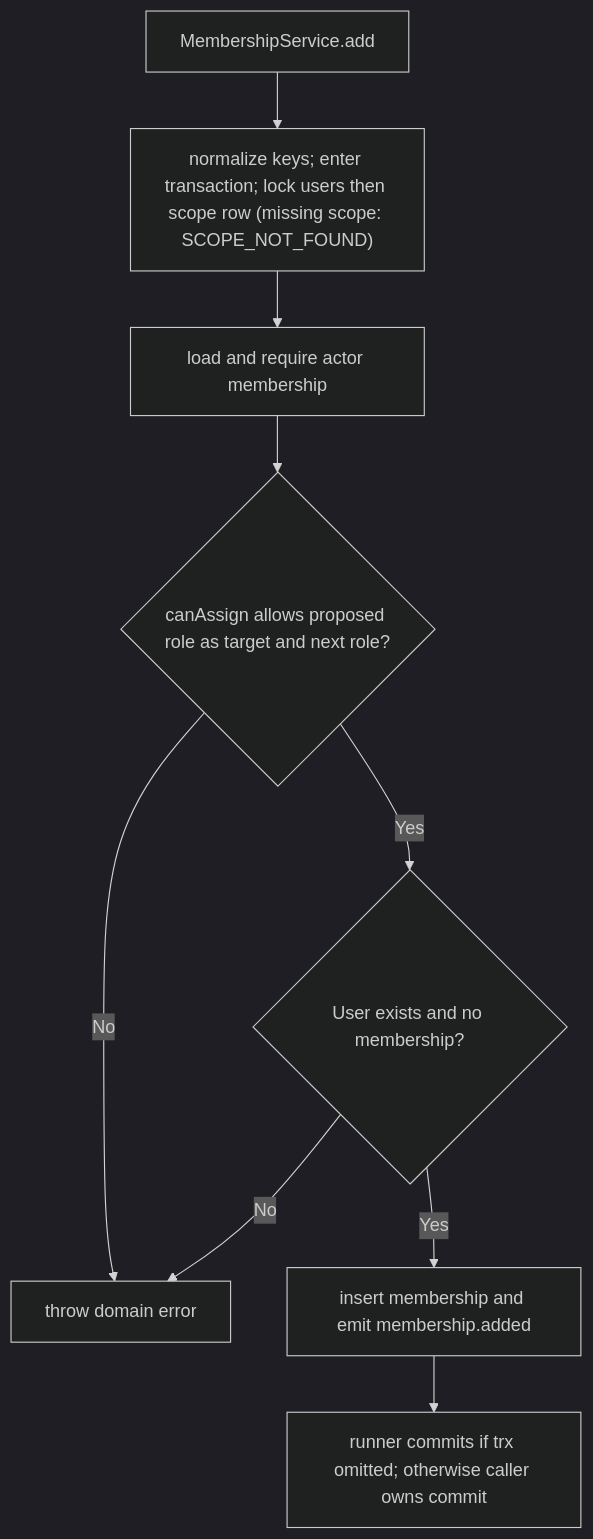
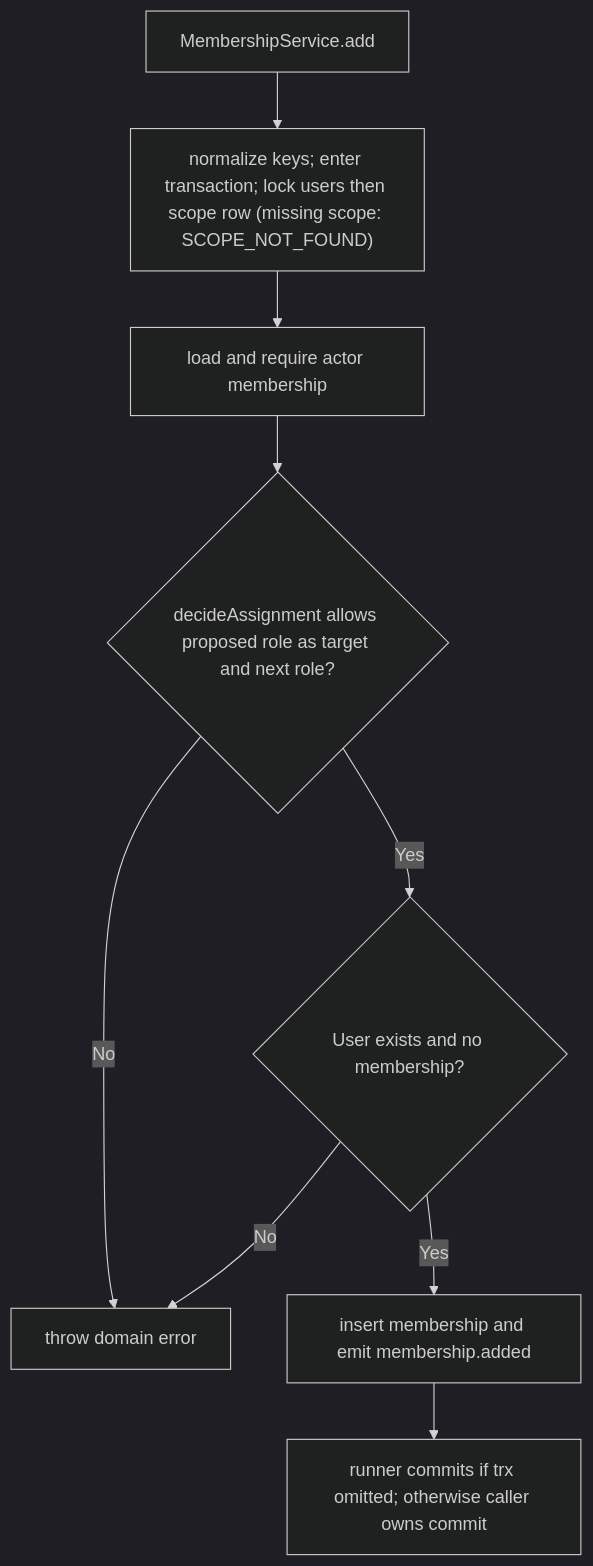
One commit to Kevinjohn/oss-adonisjs-access-control changed the second of 2 diagrams in user-stories/US-ACCESS-03-add-member.md. Above: the diagram before and after it, drawn with Mermaid (dark theme). The commit also changed other lines of this file and 25 other files, not shown here.

````diff
--- a/user-stories/US-ACCESS-03-add-member.md
+++ b/user-stories/US-ACCESS-03-add-member.md
@@ -33,11 +33,11 @@
 ```mermaid
 flowchart TD
     A["MembershipService.add"] --> B["normalize keys; enter transaction; lock users then scope row (missing scope: SCOPE_NOT_FOUND)"]
     B --> C["load and require actor membership"]
-    C --> D{"canAssign allows proposed role as target and next role?"}
+    C --> D{"decideAssignment allows proposed role as target and next role?"}
     D -->|No| F
     D -->|Yes| E{"User exists and no membership?"}
     E -->|No| F["throw domain error"]
     E -->|Yes| G["insert membership and emit membership.added"]
     G --> H["runner commits if trx omitted; otherwise caller owns commit"]
 ```
````
